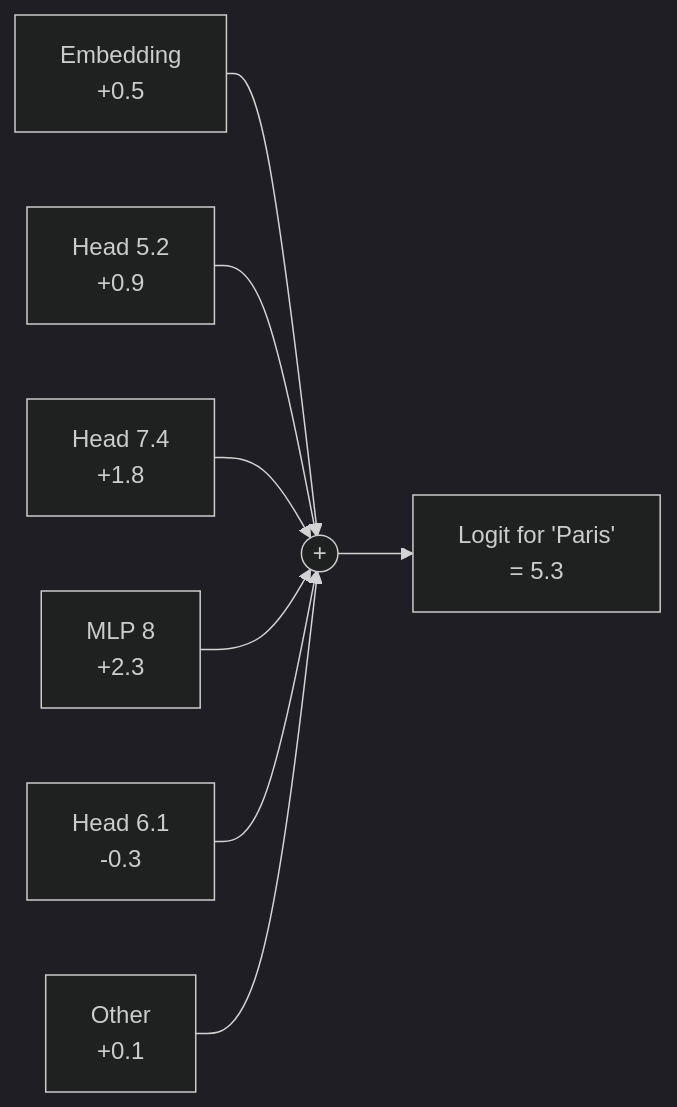
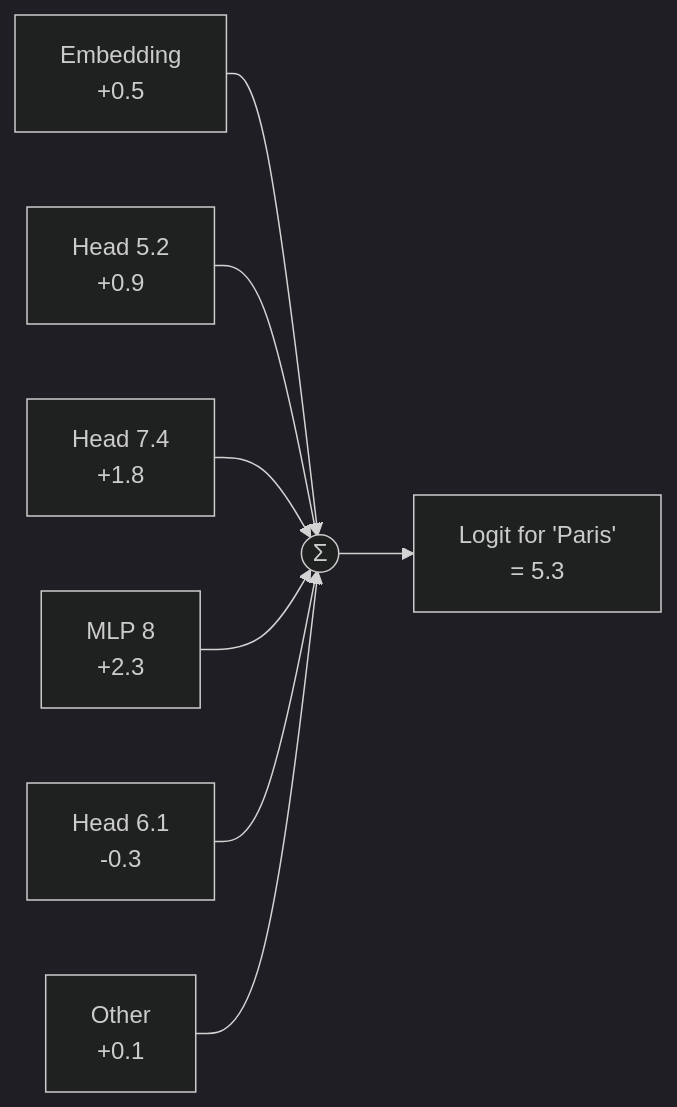
The first of 2 diagrams in chapters/10-attribution.qmd (ttsugriy/mechinterp-first-principles), drawn with Mermaid (dark theme) before and after one commit. The commit also changed 1 other file, not shown here.

Commit message:
Polish: fix Mermaid '+' symbol, upgrade http to https link

````diff
--- a/chapters/10-attribution.qmd
+++ b/chapters/10-attribution.qmd
@@ -71,12 +71,12 @@
 ```{mermaid}
 %%| fig-cap: "Attribution decomposes the final logit into per-component contributions. Each component's output projects onto the vocabulary direction."
 %%| fig-width: 8
 flowchart LR
-    E["Embedding<br/>+0.5"] --> SUM(("+"))
+    E["Embedding<br/>+0.5"] --> SUM(("Σ"))
     H1["Head 5.2<br/>+0.9"] --> SUM
     H2["Head 7.4<br/>+1.8"] --> SUM
     M1["MLP 8<br/>+2.3"] --> SUM
     H3["Head 6.1<br/>-0.3"] --> SUM
     OTHER["Other<br/>+0.1"] --> SUM
     SUM --> OUT["Logit for 'Paris'<br/>= 5.3"]
 ```
````
